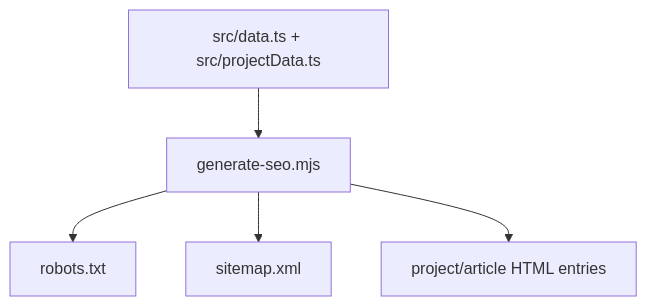
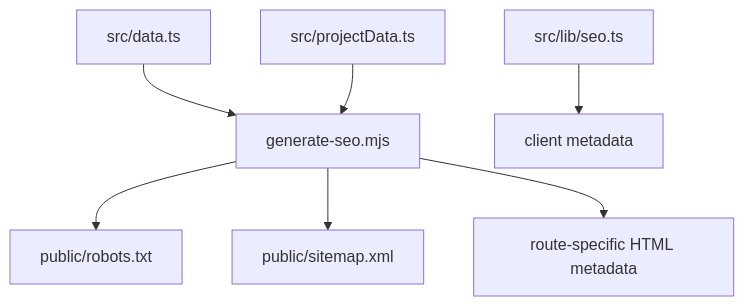
One commit to SidheshwarSarangal/portfoionew changed the second of 5 diagrams in docs/SEO_AND_ANALYTICS.md. Above: the diagram before and after it, drawn with Mermaid. The commit also changed other lines of this file and 8 other files, not shown here.

````diff
--- a/docs/SEO_AND_ANALYTICS.md
+++ b/docs/SEO_AND_ANALYTICS.md
@@ -37,7 +18,9 @@
 ```mermaid
 flowchart TD
-  Data[src/data.ts + src/projectData.ts] --> Script[generate-seo.mjs]
-  Script --> Robots[robots.txt]
-  Script --> Sitemap[sitemap.xml]
-  Script --> Routes[project/article HTML entries]
+  Data[src/data.ts] --> Script[generate-seo.mjs]
+  Projects[src/projectData.ts] --> Script
+  Script --> Robots[public/robots.txt]
+  Script --> Sitemap[public/sitemap.xml]
+  Script --> Routes[route-specific HTML metadata]
+  Runtime[src/lib/seo.ts] --> Meta[client metadata]
 ```
````
